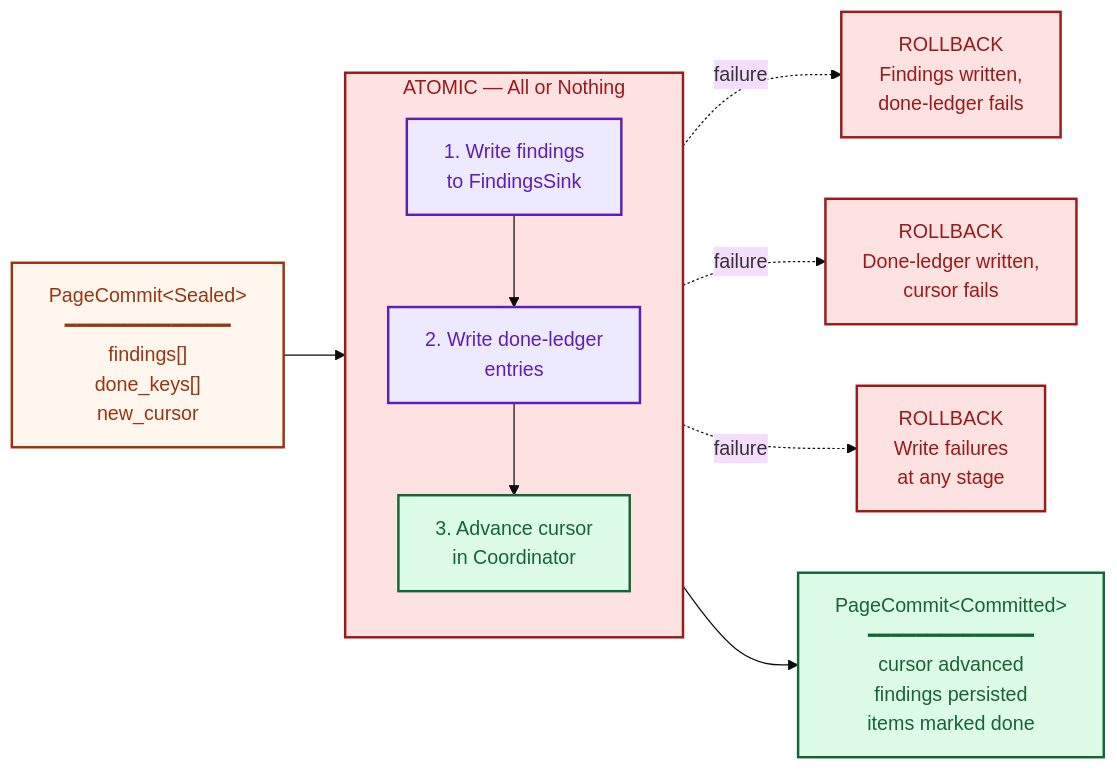
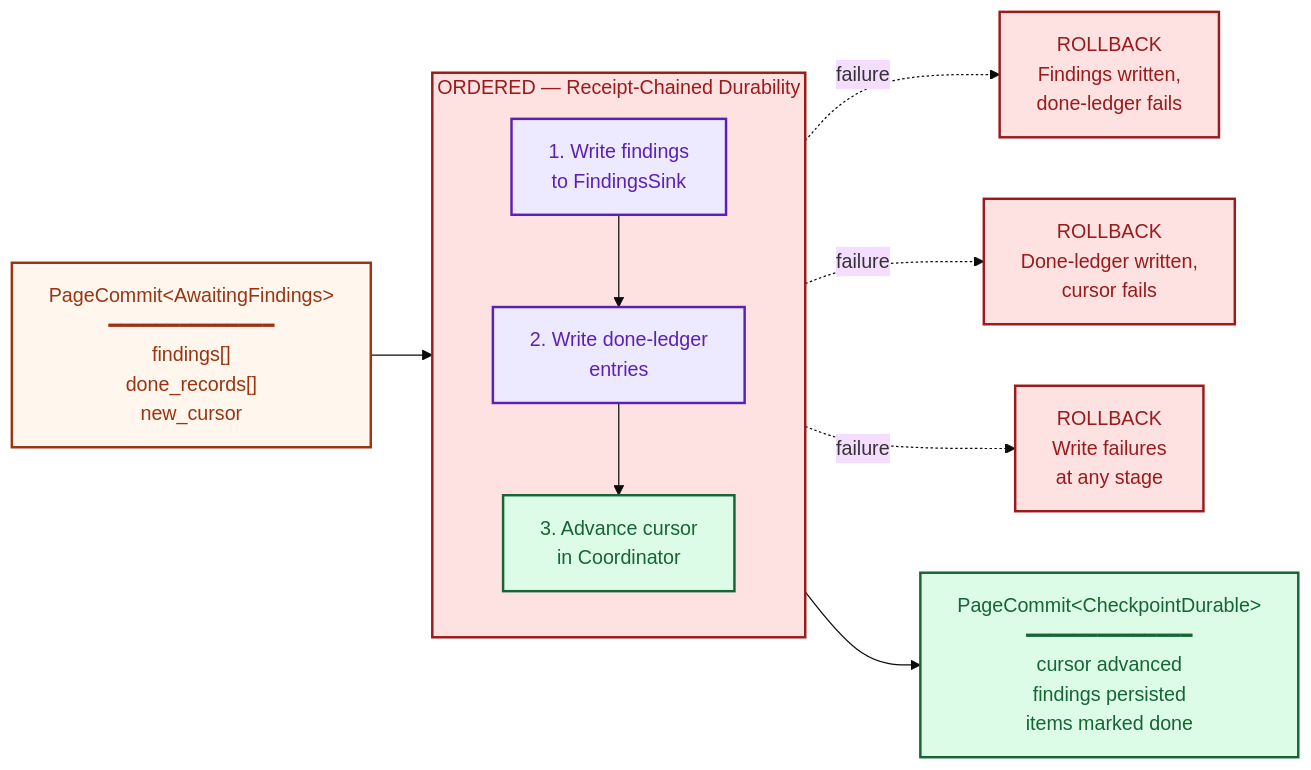
The third of 3 diagrams in diagrams/04-end-to-end-scan-flow.md (ahrav/Gossip-rs), drawn with Mermaid (base theme) before and after one commit. The commit also changed other lines of this file and 5 other files, not shown here.

Commit message:
Update diagram documentation: refine 12-step scan sequence and clarify boundary roles

````diff
--- a/diagrams/04-end-to-end-scan-flow.md
+++ b/diagrams/04-end-to-end-scan-flow.md
@@ -267,36 +269,36 @@
 ```mermaid
 %% Diagram: atomic-commit-boundary
 graph LR
-    INPUT["PageCommit&lt;Sealed&gt;<br/>━━━━━━━━━━━━━━<br/>findings[]<br/>done_keys[]<br/>new_cursor"]
+    INPUT["PageCommit&lt;AwaitingFindings&gt;<br/>━━━━━━━━━━━━━━<br/>findings[]<br/>done_records[]<br/>new_cursor"]
 
-    subgraph TX ["ATOMIC — All or Nothing"]
+    subgraph TX ["ORDERED — Receipt-Chained Durability"]
         direction TB
         S1["1. Write findings<br/>to FindingsSink"]
         S2["2. Write done-ledger<br/>entries"]
         S3["3. Advance cursor<br/>in Coordinator"]
         S1 --> S2 --> S3
     end
 
-    OUTPUT["PageCommit&lt;Committed&gt;<br/>━━━━━━━━━━━━━━<br/>cursor advanced<br/>findings persisted<br/>items marked done"]
+    OUTPUT["PageCommit&lt;CheckpointDurable&gt;<br/>━━━━━━━━━━━━━━<br/>cursor advanced<br/>findings persisted<br/>items marked done"]
 
     INPUT --> TX
     TX --> OUTPUT
 
     F1["ROLLBACK<br/>Findings written,<br/>done-ledger fails"]
     F2["ROLLBACK<br/>Done-ledger written,<br/>cursor fails"]
     F3["ROLLBACK<br/>Write failures<br/>at any stage"]
 
     S1 -.->|"failure"| F1
     S2 -.->|"failure"| F2
     S3 -.->|"failure"| F3
 
     style INPUT fill:#FFF7ED,stroke:#9A3412,stroke-width:2px,color:#9A3412
     style OUTPUT fill:#DCFCE7,stroke:#166534,stroke-width:2px,color:#166534
     style TX fill:#FEE2E2,stroke:#991B1B,stroke-width:2px,color:#991B1B
     style S1 fill:#EDE9FE,stroke:#5B21B6,stroke-width:2px,color:#5B21B6
     style S2 fill:#EDE9FE,stroke:#5B21B6,stroke-width:2px,color:#5B21B6
     style S3 fill:#DCFCE7,stroke:#166534,stroke-width:2px,color:#166534
     style F1 fill:#FEE2E2,stroke:#991B1B,stroke-width:2px,color:#991B1B
     style F2 fill:#FEE2E2,stroke:#991B1B,stroke-width:2px,color:#991B1B
     style F3 fill:#FEE2E2,stroke:#991B1B,stroke-width:2px,color:#991B1B
 ```
````
